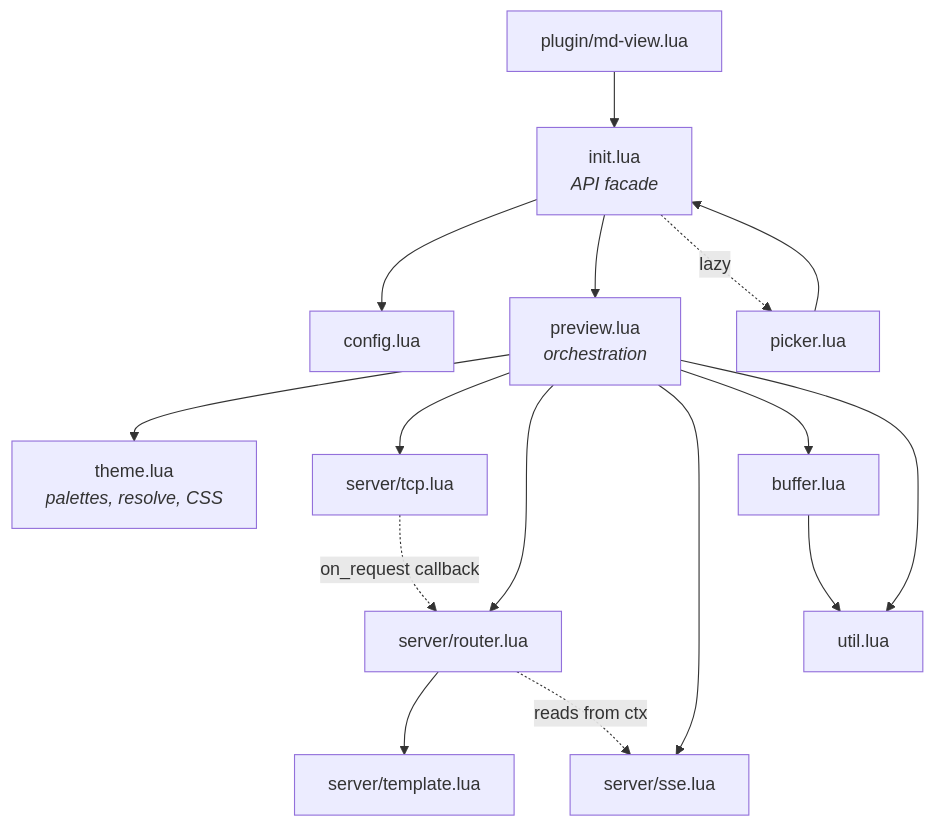
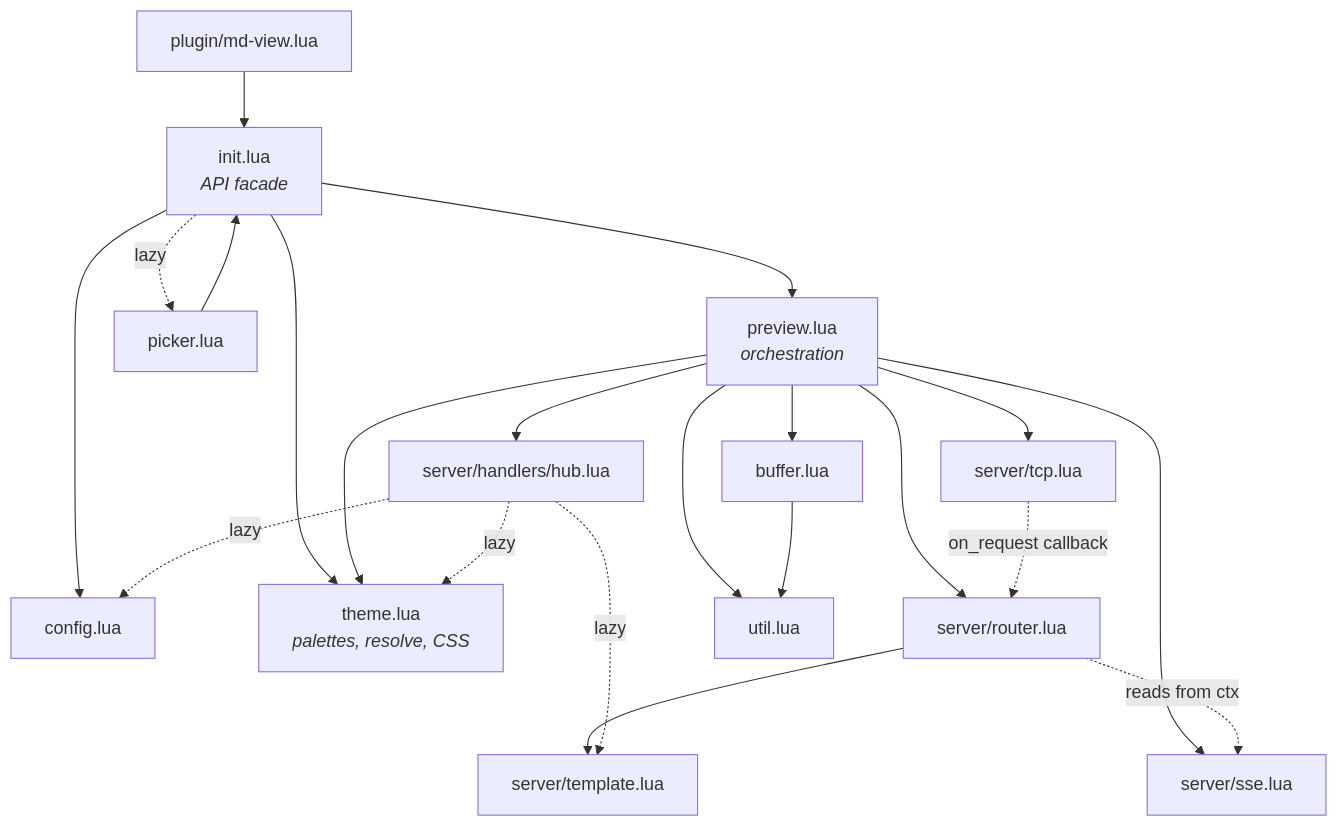
The first of 11 diagrams in docs/ARCHITECTURE.md (kcayme/md-view.nvim), drawn with Mermaid before and after one commit. The commit also changed other lines of this file and 1 other file, not shown here.

Commit message:
docs: update documentation for architecture and modules

````diff
--- a/docs/ARCHITECTURE.md
+++ b/docs/ARCHITECTURE.md
@@ -32,34 +32,40 @@
 ```mermaid
 graph TD
     plugin["plugin/md-view.lua"]
     init["init.lua<br/><i>API facade</i>"]
     config["config.lua"]
     preview["preview.lua<br/><i>orchestration</i>"]
     theme["theme.lua<br/><i>palettes, resolve, CSS</i>"]
     server["server/tcp.lua"]
     router["server/router.lua"]
     template["server/template.lua"]
     sse["server/sse.lua"]
+    hub["server/handlers/hub.lua"]
     buffer["buffer.lua"]
     util["util.lua"]
     picker["picker.lua"]
 
     plugin --> init
     init --> config
     init --> preview
+    init --> theme
     init -.->|lazy| picker
     picker --> init
 
     preview --> theme
     preview --> server
     preview --> router
     preview --> sse
+    preview --> hub
     preview --> buffer
     preview --> util
 
     server -.->|on_request callback| router
     router --> template
     router -.->|reads from ctx| sse
+    hub -.->|lazy| template
+    hub -.->|lazy| config
+    hub -.->|lazy| theme
 
     buffer --> util
 ```
````
